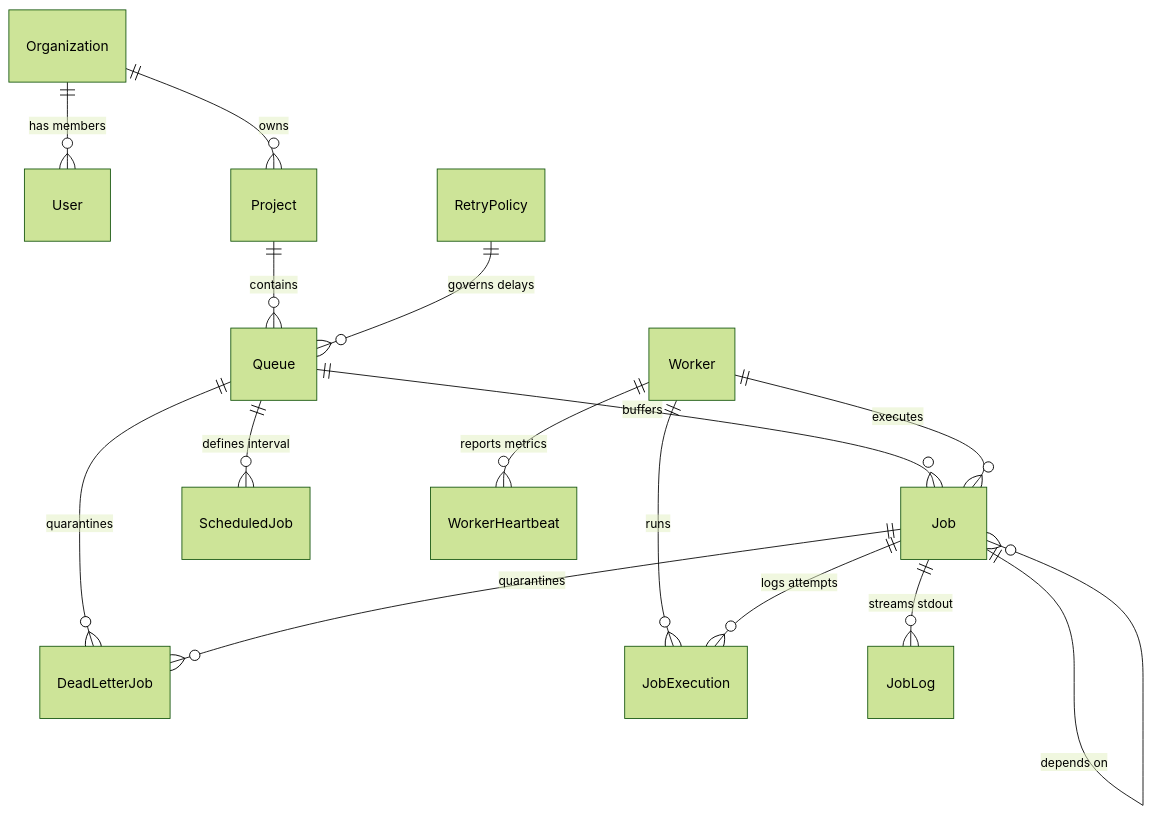
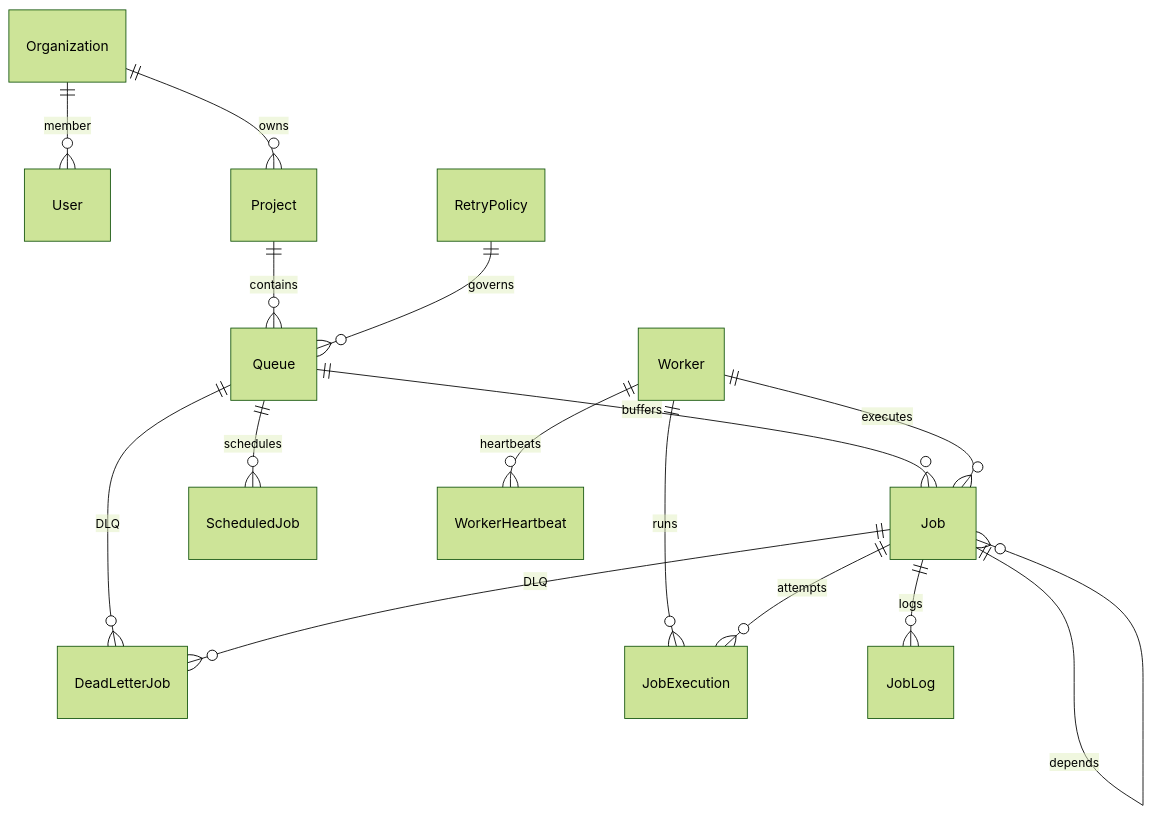
Before and after one commit to HARISHPG21/Job-Scheduler: the diagram in docs/db_design.md, drawn with Mermaid (forest theme).

Commit message:
fix: Simplify Mermaid ER diagram labels to prevent parsing errors

````diff
--- a/docs/db_design.md
+++ b/docs/db_design.md
@@ -9,17 +9,17 @@
 ```mermaid
 erDiagram
-    Organization ||--o{ User : "has members"
-    Organization ||--o{ Project : "owns"
-    Project ||--o{ Queue : "contains"
-    RetryPolicy ||--o{ Queue : "governs delays"
-    Queue ||--o{ Job : "buffers"
-    Queue ||--o{ ScheduledJob : "defines interval"
-    Queue ||--o{ DeadLetterJob : "quarantines"
-    Worker ||--o{ Job : "executes"
-    Worker ||--o{ JobExecution : "runs"
-    Worker ||--o{ WorkerHeartbeat : "reports metrics"
-    Job ||--o{ JobExecution : "logs attempts"
-    Job ||--o{ JobLog : "streams stdout"
-    Job ||--o{ DeadLetterJob : "quarantines"
-    Job ||--o{ Job : "depends on"
+    Organization ||--o{ User : member
+    Organization ||--o{ Project : owns
+    Project ||--o{ Queue : contains
+    RetryPolicy ||--o{ Queue : governs
+    Queue ||--o{ Job : buffers
+    Queue ||--o{ ScheduledJob : schedules
+    Queue ||--o{ DeadLetterJob : DLQ
+    Worker ||--o{ Job : executes
+    Worker ||--o{ JobExecution : runs
+    Worker ||--o{ WorkerHeartbeat : heartbeats
+    Job ||--o{ JobExecution : attempts
+    Job ||--o{ JobLog : logs
+    Job ||--o{ DeadLetterJob : DLQ
+    Job ||--o{ Job : depends
 ```
````
